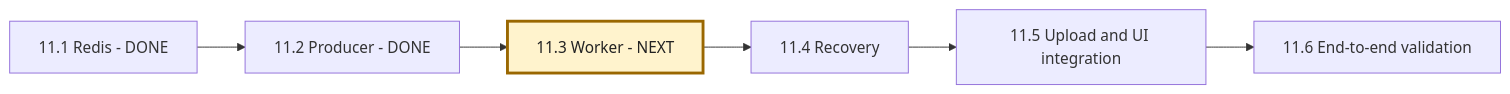
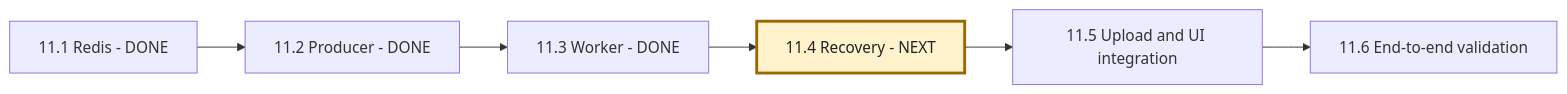
Before and after one commit to msdian0007/nexaAi: the third of 3 diagrams in NEXAAI_ROADMAP.md, drawn with Mermaid. The commit also changed other lines of this file and 6 other files, not shown here.

````diff
--- a/NEXAAI_ROADMAP.md
+++ b/NEXAAI_ROADMAP.md
@@ -242,9 +243,9 @@
 ```mermaid
 flowchart LR
     A[11.1 Redis - DONE] --> B[11.2 Producer - DONE]
-    B --> C[11.3 Worker - NEXT]
-    C --> D[11.4 Recovery]
+    B --> C[11.3 Worker - DONE]
+    C --> D[11.4 Recovery - NEXT]
     D --> E[11.5 Upload and UI integration]
     E --> F[11.6 End-to-end validation]
-    style C fill:#fff3cd,stroke:#9a6700,stroke-width:3px,color:#222
+    style D fill:#fff3cd,stroke:#9a6700,stroke-width:3px,color:#222
 ```
````
